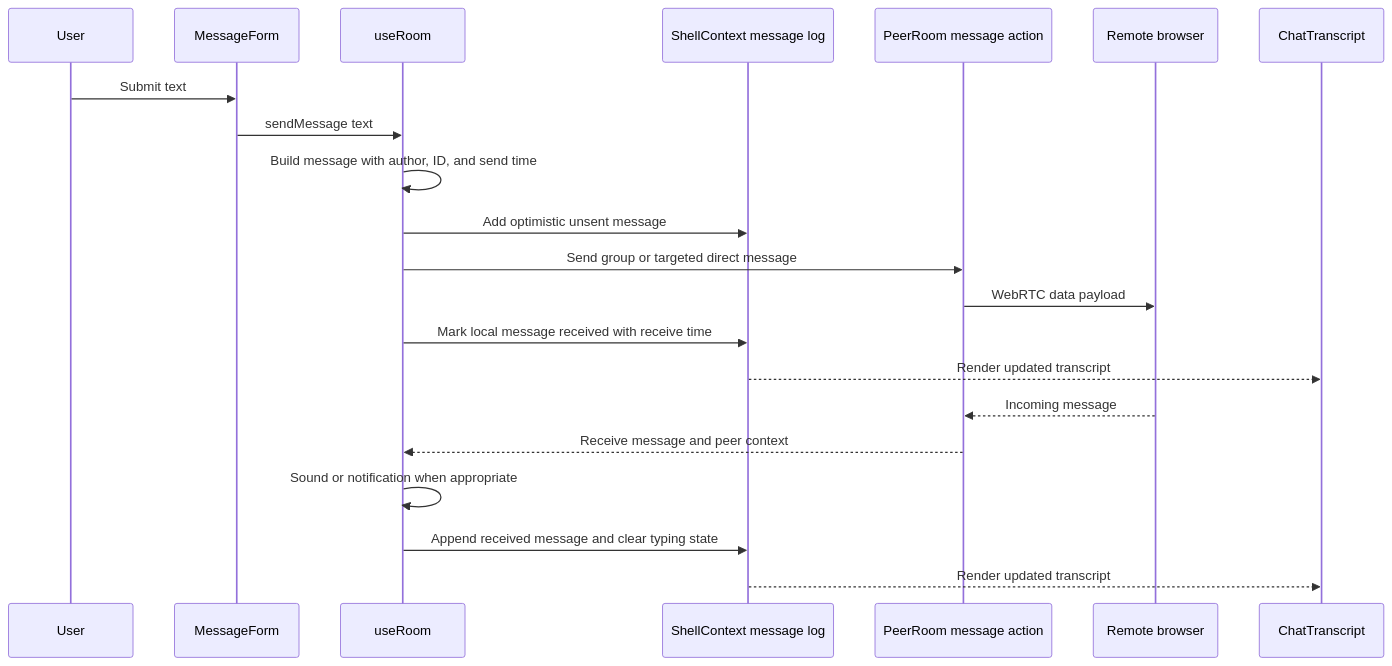
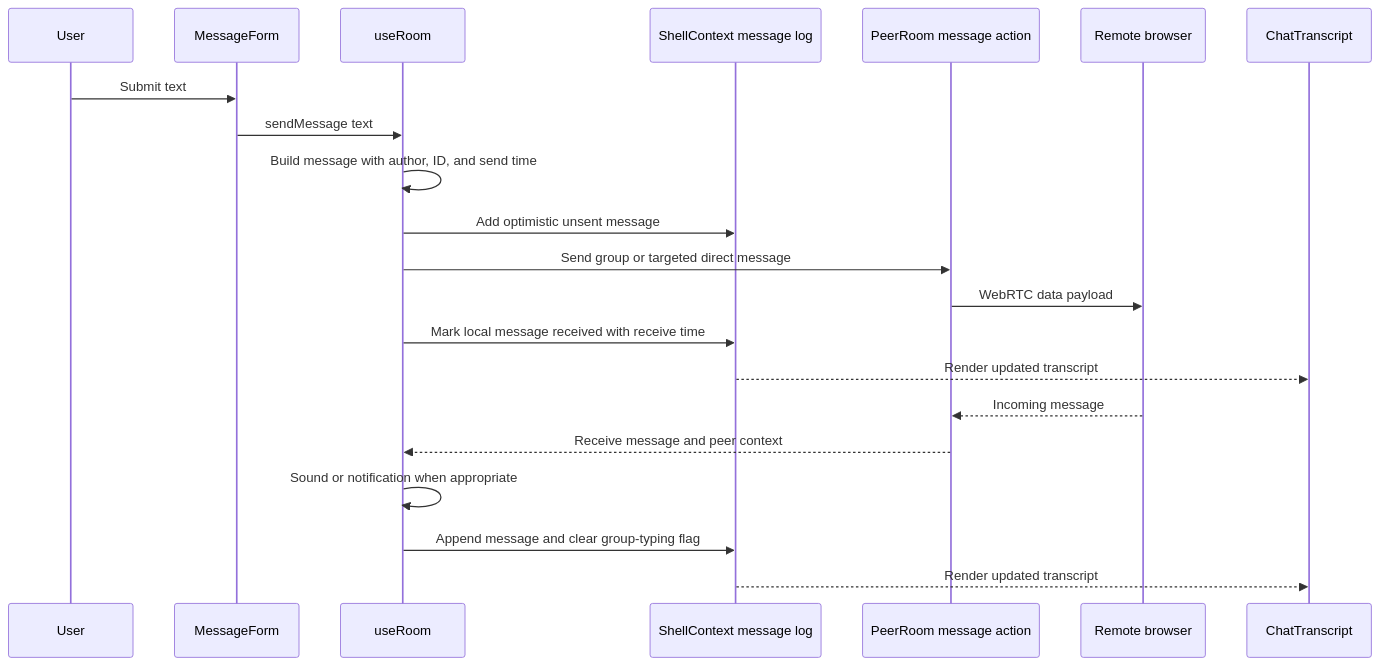
The fifth of 9 diagrams in docs/architecture/codebase-runtime.md (drunkod/chitchatter), drawn with Mermaid before and after one commit. The commit also changed other lines of this file and 1 other file, not shown here.

Commit message:
Refine architecture docs for media and links

````diff
--- a/docs/architecture/codebase-runtime.md
+++ b/docs/architecture/codebase-runtime.md
@@ -123,24 +124,24 @@
 ```mermaid
 sequenceDiagram
     participant User
     participant Form as MessageForm
     participant Hook as useRoom
     participant Shell as ShellContext message log
     participant Action as PeerRoom message action
     participant Peer as Remote browser
     participant UI as ChatTranscript
 
     User->>Form: Submit text
     Form->>Hook: sendMessage text
     Hook->>Hook: Build message with author, ID, and send time
     Hook->>Shell: Add optimistic unsent message
     Hook->>Action: Send group or targeted direct message
     Action->>Peer: WebRTC data payload
     Hook->>Shell: Mark local message received with receive time
     Shell-->>UI: Render updated transcript
     Peer-->>Action: Incoming message
     Action-->>Hook: Receive message and peer context
     Hook->>Hook: Sound or notification when appropriate
-    Hook->>Shell: Append received message and clear typing state
+    Hook->>Shell: Append message and clear group-typing flag
     Shell-->>UI: Render updated transcript
 ```
````
